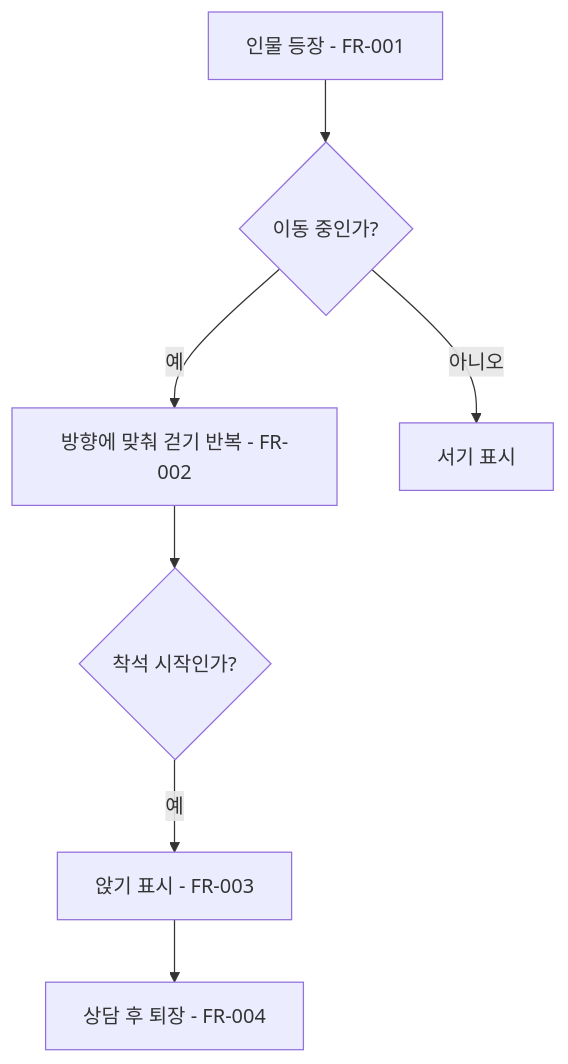
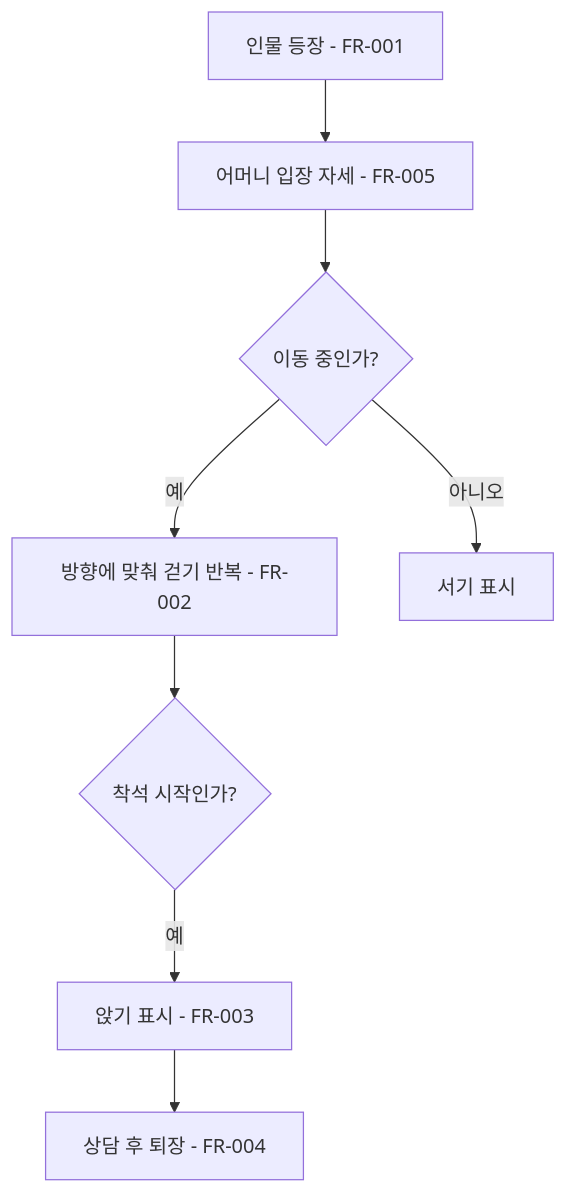
Before and after one commit to xpaklove12-lang/Corner1: the diagram in docs/specs/009-field-character-animation.md, drawn with Mermaid. The commit also changed other lines of this file and 69 other files, not shown here.

````diff
--- a/docs/specs/009-field-character-animation.md
+++ b/docs/specs/009-field-character-animation.md
@@ -38,9 +38,10 @@
 ```mermaid
 flowchart TD
-    A[인물 등장 - FR-001] --> B{이동 중인가?}
+    A[인물 등장 - FR-001] --> H[어머니 입장 자세 - FR-005]
+    H --> B{이동 중인가?}
     B -- 예 --> C[방향에 맞춰 걷기 반복 - FR-002]
     B -- 아니오 --> D[서기 표시]
     C --> E{착석 시작인가?}
     E -- 예 --> F[앉기 표시 - FR-003]
     F --> G[상담 후 퇴장 - FR-004]
 ```
````
